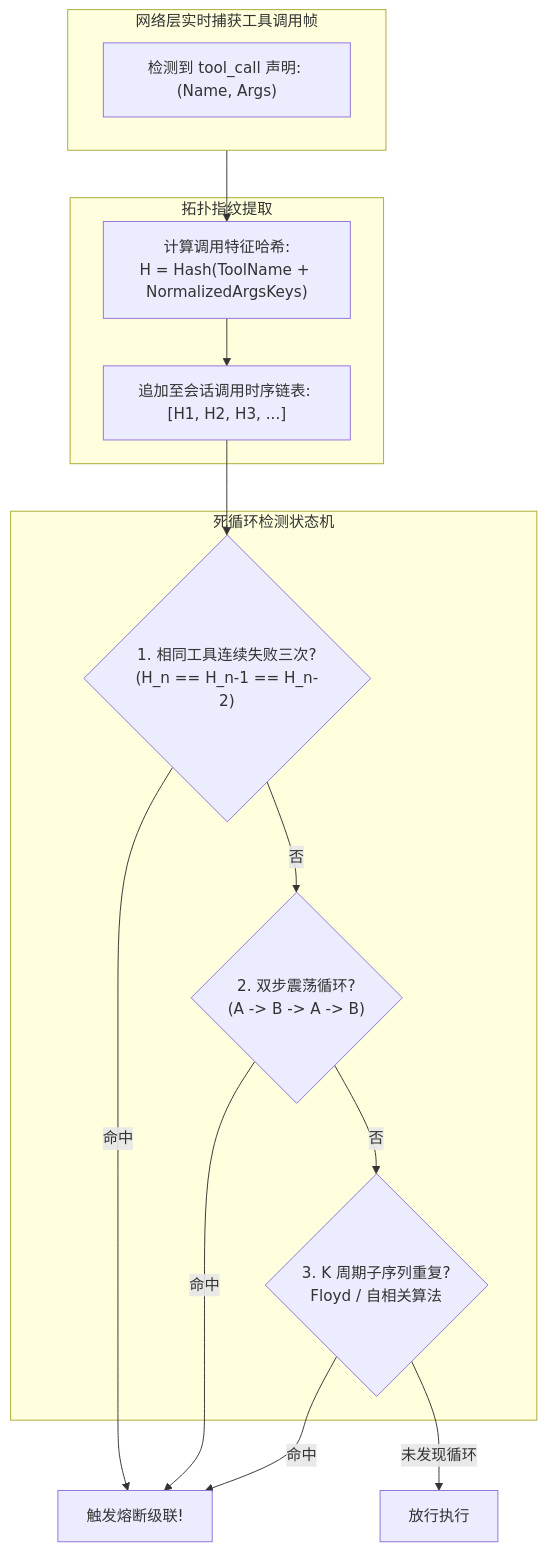
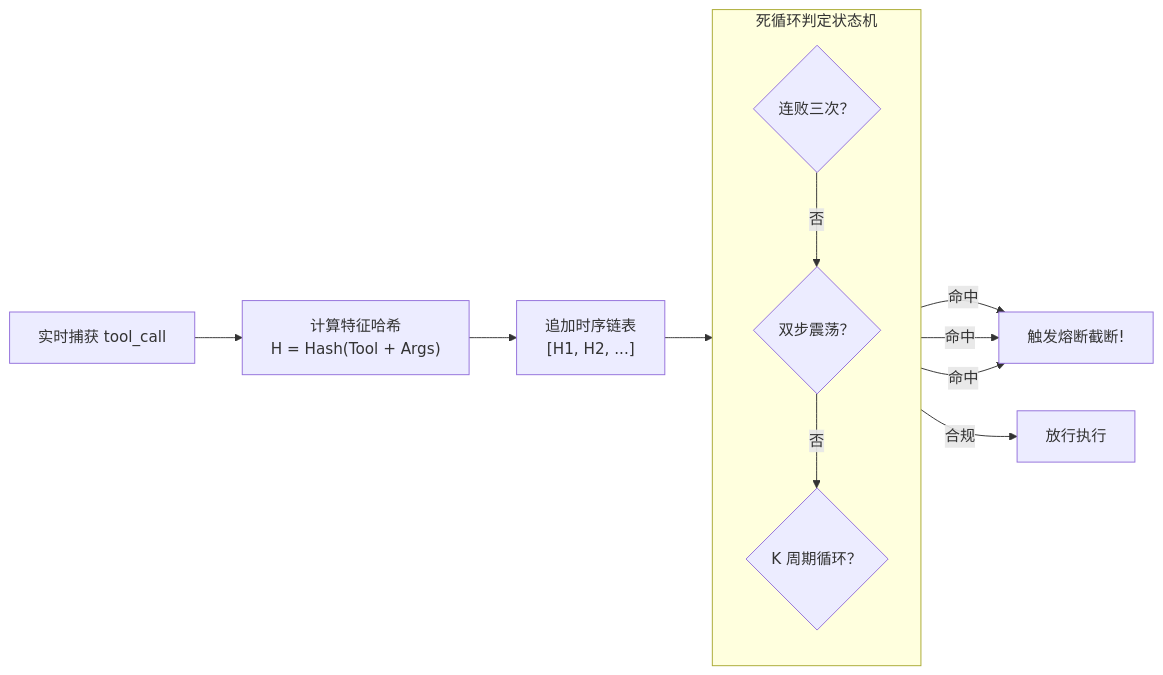
Before and after one commit to MoreConsequence/MoreConsequence.github.io: the fourth of 4 diagrams in content/posts/ai-agent-gateway/ai-gateway-07-agent-tool-mcp-gateway.md, drawn with Mermaid. The commit also changed other lines of this file and 835 other files, not shown here.

First line of the commit message:
feat(blog): 全站33篇新增深度专栏与博文全量审核上线及矢量图表优化

````diff
--- a/content/posts/ai-agent-gateway/ai-gateway-07-agent-tool-mcp-gateway.md
+++ b/content/posts/ai-agent-gateway/ai-gateway-07-agent-tool-mcp-gateway.md
@@ -145,27 +130,20 @@
 ```mermaid
-flowchart TD
-    subgraph StreamTap["网络层实时捕获工具调用帧"]
-        Call["检测到 tool_call 声明: (Name, Args)"]
-    end
+flowchart LR
+    Call["实时捕获 tool_call"] --> Hash["计算特征哈希<br/>H = Hash(Tool + Args)"]
+    Hash --> Append["追加时序链表<br/>[H1, H2, ...]"]
 
-    subgraph Fingerprint["拓扑指纹提取"]
-        Hash["计算调用特征哈希:<br/>H = Hash(ToolName + NormalizedArgsKeys)"]
-        Append["追加至会话调用时序链表: [H1, H2, H3, ...]"]
-    end
-
-    StreamTap --> Hash --> Append
-
-    subgraph LoopDetection["死循环检测状态机"]
-        CheckRepeat{"1. 相同工具连续失败三次?<br/>(H_n == H_n-1 == H_n-2)"}
-        CheckOscillate{"2. 双步震荡循环?<br/>(A -> B -> A -> B)"}
-        CheckCycle{"3. K 周期子序列重复?<br/>Floyd / 自相关算法"}
+    subgraph LoopDetection["死循环判定状态机"]
+        direction TB
+        CheckRepeat{"连败三次？"}
+        CheckOscillate{"双步震荡？"}
+        CheckCycle{"K 周期循环？"}
+        CheckRepeat -- "否" --> CheckOscillate
+        CheckOscillate -- "否" --> CheckCycle
     end
 
     Append --> CheckRepeat
-    CheckRepeat -->|"命中"| TriggerFuse["触发熔断级联!"]
-    CheckRepeat -->|"否"| CheckOscillate
+    CheckRepeat -->|"命中"| TriggerFuse["触发熔断截断!"]
     CheckOscillate -->|"命中"| TriggerFuse
-    CheckOscillate -->|"否"| CheckCycle
     CheckCycle -->|"命中"| TriggerFuse
-    CheckCycle -->|"未发现循环"| Allow["放行执行"]
+    CheckCycle -->|"合规"| Allow["放行执行"]
 ```
````
